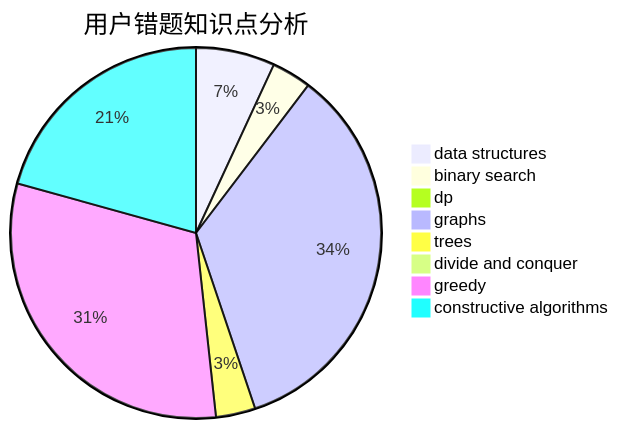
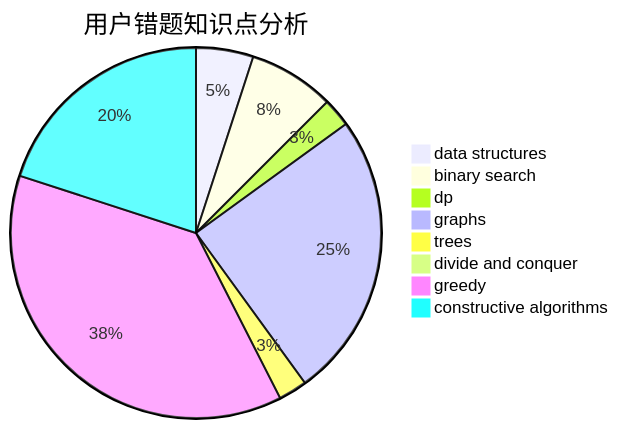
Before and after one commit to sherpahu/cfrs.github.io: the third of 3 diagrams in docs/user/u444.md, drawn with Mermaid. The commit also changed other lines of this file and 2770 other files, not shown here.

````diff
--- a/docs/user/u444.md
+++ b/docs/user/u444.md
@@ -36,11 +36,11 @@
 ```mermaid
 pie title 用户错题知识点分析
     "data structures" :  2
-    "binary search" :  1
-    "dp" :  0
+    "binary search" :  3
+    "dp" :  1
     "graphs" :  10
     "trees" :  1
     "divide and conquer" :  0
-    "greedy" :  9
-    "constructive algorithms" :  6
+    "greedy" :  15
+    "constructive algorithms" :  8
 ```
````
